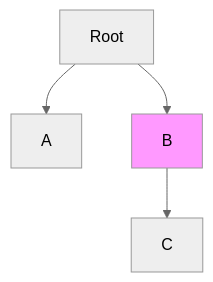
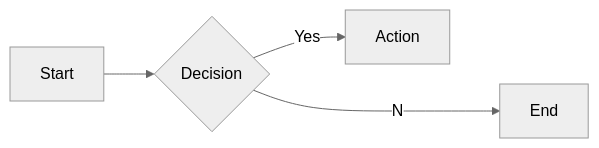
The fifth of 20 diagrams in docs/interview-questions/3.1 Engineering & Technology/Frontend Engineer.md (toxicoder/devset), drawn with Mermaid (neutral theme) before and after one commit. The commit also changed other lines of this file and 72 other files, not shown here.

````diff
--- a/docs/interview-questions/3.1 Engineering & Technology/Frontend Engineer.md
+++ b/docs/interview-questions/3.1 Engineering & Technology/Frontend Engineer.md
@@ -980,8 +394,6 @@
 ```mermaid
-graph TD
-    Root
-    Root --> A
-    Root --> B
-    B --> C
-    style B fill:#f9f
+graph LR
+    A[Start] --> B{Decision}
+    B --Yes--> C[Action]
+    B --No--> D[End]
 ```
````
